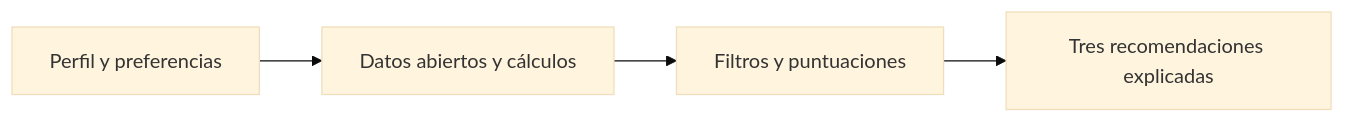
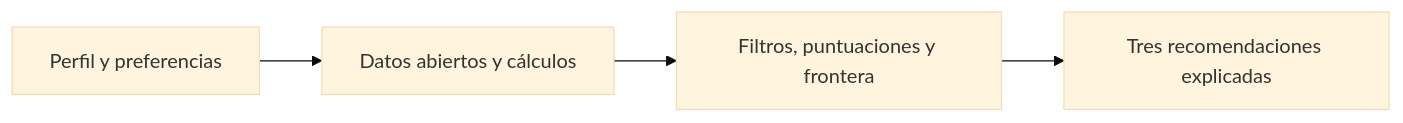
Before and after one commit to byanagarez/propuesta-DATAMAD26: the first of 3 diagrams in README.md, drawn with Mermaid (base theme). The commit also changed other lines of this file, not shown here.

````diff
--- a/README.md
+++ b/README.md
@@ -29,6 +29,6 @@
 ```mermaid
 flowchart LR
     A[Perfil y preferencias] --> B[Datos abiertos y cálculos]
-    B --> C[Filtros y puntuaciones]
+    B --> C[Filtros, puntuaciones y frontera]
     C --> D[Tres recomendaciones explicadas]
 ```
````
